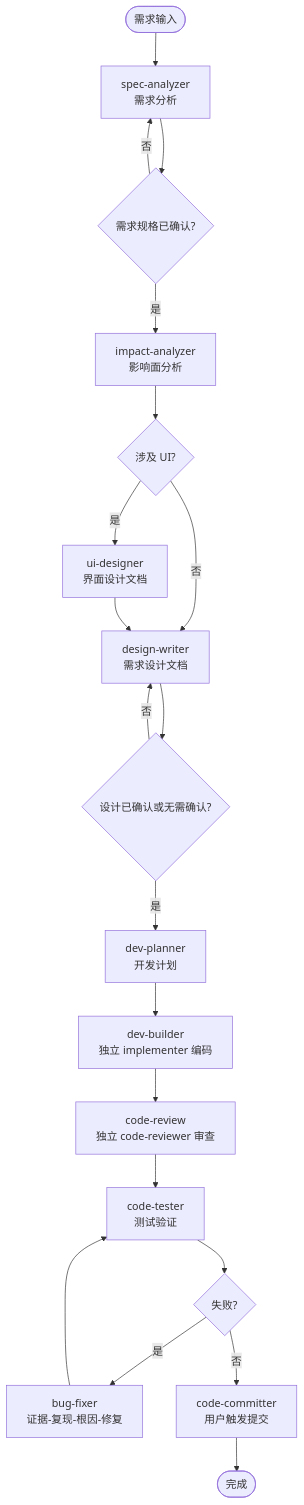
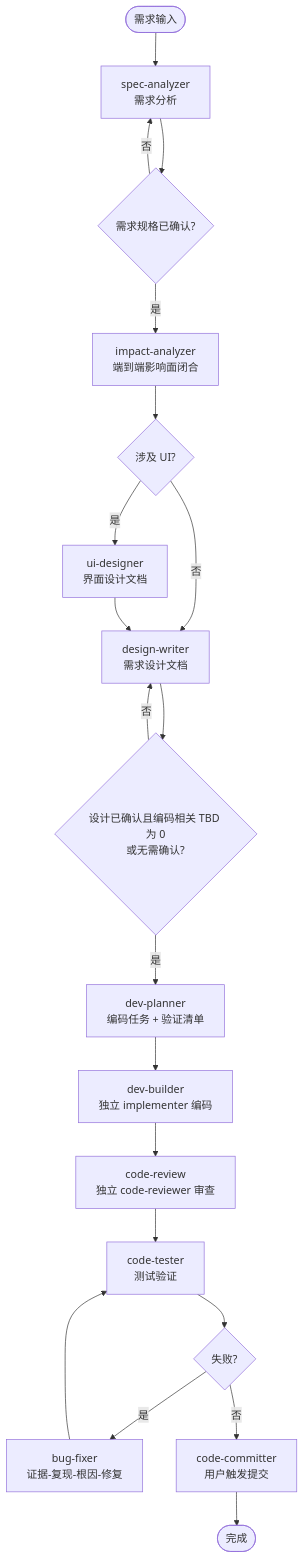
One commit to Herxinsasa/DevFlow changed the diagram in README.md. Above: the diagram before and after it, drawn with Mermaid. The commit also changed other lines of this file and 19 other files, not shown here.

````diff
--- a/README.md
+++ b/README.md
@@ -50,22 +50,22 @@
 ```mermaid
 flowchart TB
     START(["需求输入"]) --> SPEC["spec-analyzer<br/>需求分析"]
     SPEC --> CONFIRM{"需求规格已确认?"}
     CONFIRM -->|"否"| SPEC
-    CONFIRM -->|"是"| IMPACT["impact-analyzer<br/>影响面分析"]
+    CONFIRM -->|"是"| IMPACT["impact-analyzer<br/>端到端影响面闭合"]
     IMPACT --> UI{"涉及 UI?"}
     UI -->|"是"| UID["ui-designer<br/>界面设计文档"]
     UI -->|"否"| DESIGN
     UID --> DESIGN["design-writer<br/>需求设计文档"]
-    DESIGN --> DCONF{"设计已确认或无需确认?"}
+    DESIGN --> DCONF{"设计已确认且编码相关 TBD 为 0<br/>或无需确认?"}
     DCONF -->|"否"| DESIGN
-    DCONF -->|"是"| PLAN["dev-planner<br/>开发计划"]
+    DCONF -->|"是"| PLAN["dev-planner<br/>编码任务 + 验证清单"]
     PLAN --> BUILD["dev-builder<br/>独立 implementer 编码"]
     BUILD --> REVIEW["code-review<br/>独立 code-reviewer 审查"]
     REVIEW --> TEST["code-tester<br/>测试验证"]
     TEST --> BUG{"失败?"}
     BUG -->|"是"| FIX["bug-fixer<br/>证据-复现-根因-修复"]
     FIX --> TEST
     BUG -->|"否"| COMMIT["code-committer<br/>用户触发提交"]
     COMMIT --> DONE(["完成"])
 ```
````
